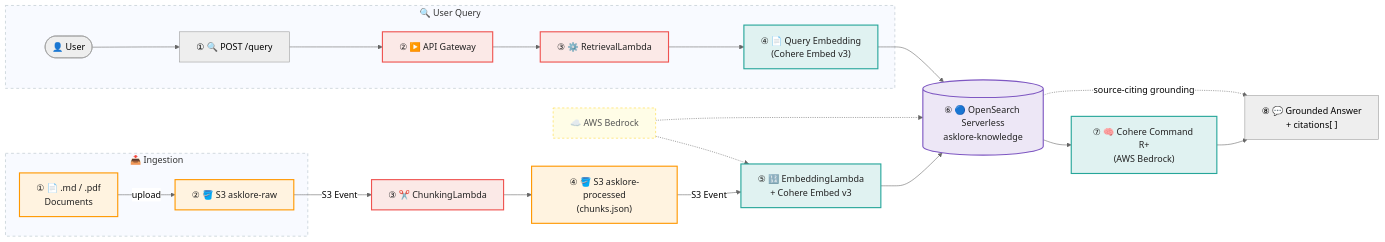
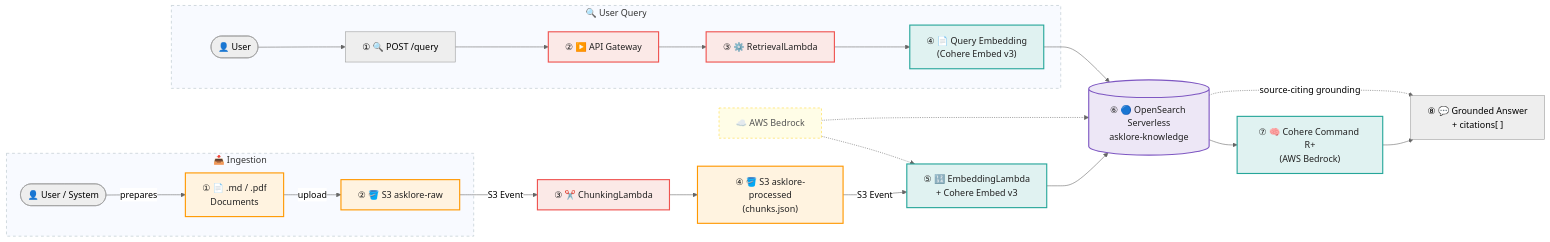
The diagram in README.md (Sunilrana1978/AskLore), drawn with Mermaid before and after one commit.

Commit message:
Add User/System node to Ingestion to show who uploads documents

````diff
--- a/README.md
+++ b/README.md
@@ -9,42 +9,43 @@
 ```mermaid
 %%{init: {'theme': 'neutral'}}%%
 graph LR
     classDef s3      fill:#FFF3E0,stroke:#FF9800,stroke-width:2px,color:#212121
     classDef lambda  fill:#FBE9E7,stroke:#EF5350,stroke-width:2px,color:#212121
     classDef bedrock fill:#E0F2F1,stroke:#26A69A,stroke-width:2px,color:#212121
     classDef os      fill:#EDE7F6,stroke:#7E57C2,stroke-width:2px,color:#212121
     classDef cloud   fill:#FFFDE7,stroke:#FDD835,stroke-width:1px,color:#555,stroke-dasharray:4 4
 
     subgraph ING["📥 Ingestion"]
+        UPLOADER(["👤 User / System"])
         DOC["① 📄 .md / .pdf\nDocuments"]:::s3
         RAW["② 🪣 S3 asklore-raw"]:::s3
-        DOC -->|upload| RAW
+        UPLOADER -->|prepares| DOC -->|upload| RAW
     end
 
     subgraph USQ["🔍 User Query"]
         USR(["👤 User"])
         SRCH["① 🔍 POST /query"]
         PLAY["② ▶️ API Gateway"]:::lambda
         GEAR["③ ⚙️ RetrievalLambda"]:::lambda
         RESDOC["④ 📄 Query Embedding\n(Cohere Embed v3)"]:::bedrock
     end
 
     CHUNK["③ ✂️ ChunkingLambda"]:::lambda
     PROC["④ 🪣 S3 asklore-processed\n(chunks.json)"]:::s3
     EMBED["⑤ 🔢 EmbeddingLambda\n+ Cohere Embed v3"]:::bedrock
     CLOUD["☁️ AWS Bedrock"]:::cloud
     VECTOR[("⑥ 🔵 OpenSearch Serverless\nasklore-knowledge")]:::os
     LLM["⑦ 🧠 Cohere Command R+\n(AWS Bedrock)"]:::bedrock
     FINAL["⑧ 💬 Grounded Answer\n+ citations[ ]"]
 
     RAW  -->|S3 Event| CHUNK --> PROC
     PROC -->|S3 Event| EMBED --> VECTOR
     USR --> SRCH --> PLAY --> GEAR --> RESDOC --> VECTOR
     CLOUD -.-> EMBED
     CLOUD -.-> VECTOR
     VECTOR --> LLM --> FINAL
     VECTOR -.->|source-citing grounding| FINAL
 
     style ING fill:#F8FAFF,stroke:#B0BEC5,stroke-width:1px,stroke-dasharray:5 5
     style USQ fill:#F8FAFF,stroke:#B0BEC5,stroke-width:1px,stroke-dasharray:5 5
 ```
````
